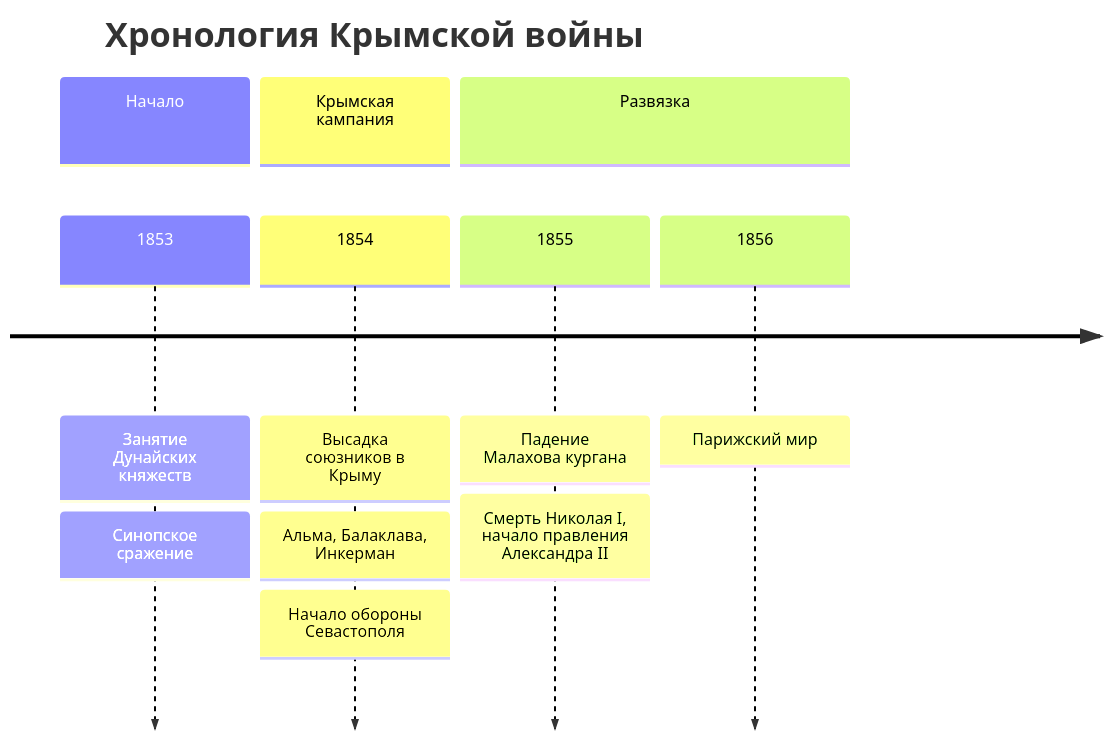
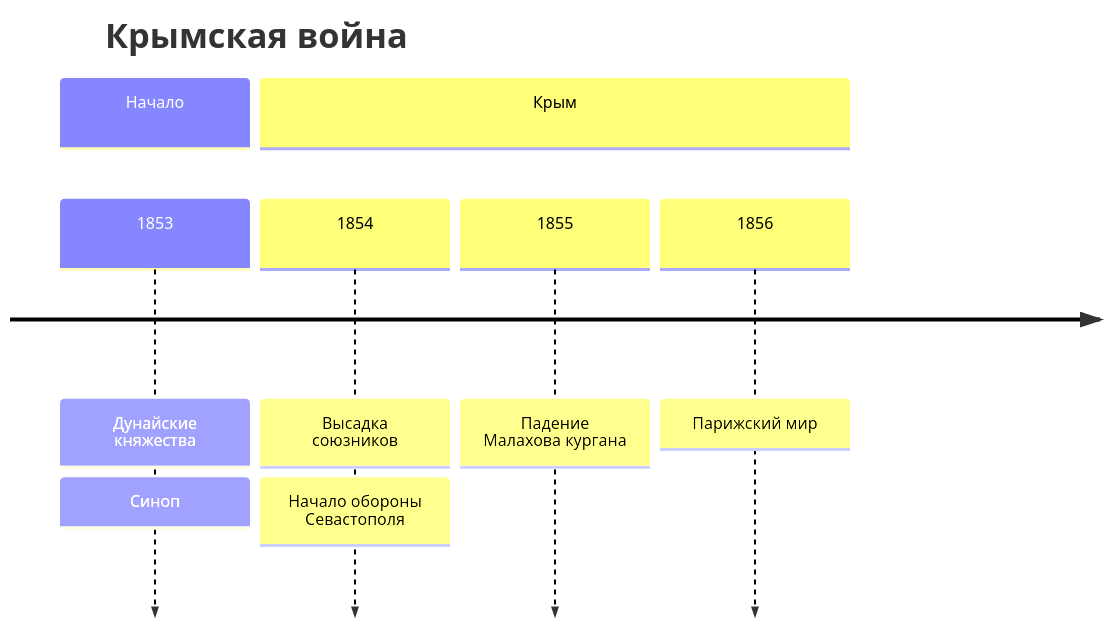
The first of 2 diagrams in Учеба КНИТУ/История России/Конспекты лекций/История России 20.11.26.md (wesdyqq/study-sync), drawn with Mermaid before and after one commit. The commit also changed other lines of this file, not shown here.

````diff
--- a/Учеба КНИТУ/История России/Конспекты лекций/История России 20.11.26.md
+++ b/Учеба КНИТУ/История России/Конспекты лекций/История России 20.11.26.md
@@ -98,15 +62,12 @@
 ```mermaid
 timeline
-    title Хронология Крымской войны
+    title Крымская война
     section Начало
-        1853 : Занятие Дунайских княжеств
-             : Синопское сражение
-    section Крымская кампания
-        1854 : Высадка союзников в Крыму
-             : Альма, Балаклава, Инкерман
+        1853 : Дунайские княжества
+             : Синоп
+    section Крым
+        1854 : Высадка союзников
              : Начало обороны Севастополя
-    section Развязка
         1855 : Падение Малахова кургана
-             : Смерть Николая I, начало правления Александра II
         1856 : Парижский мир
 ```
````
